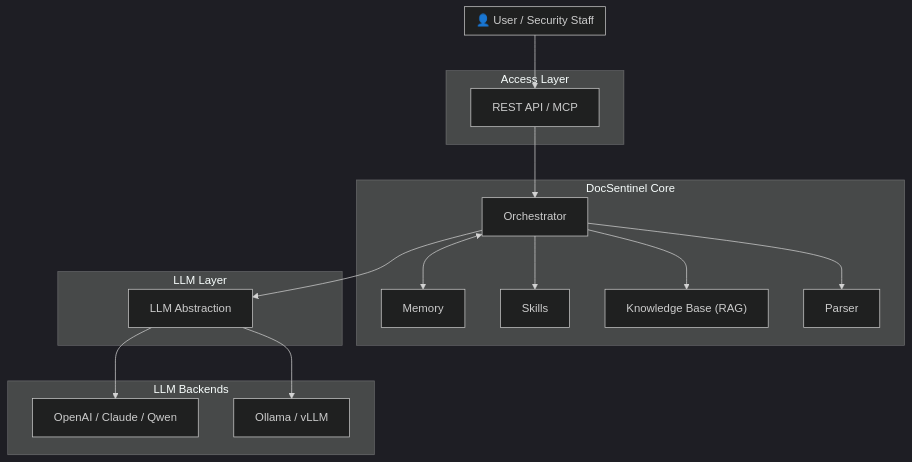
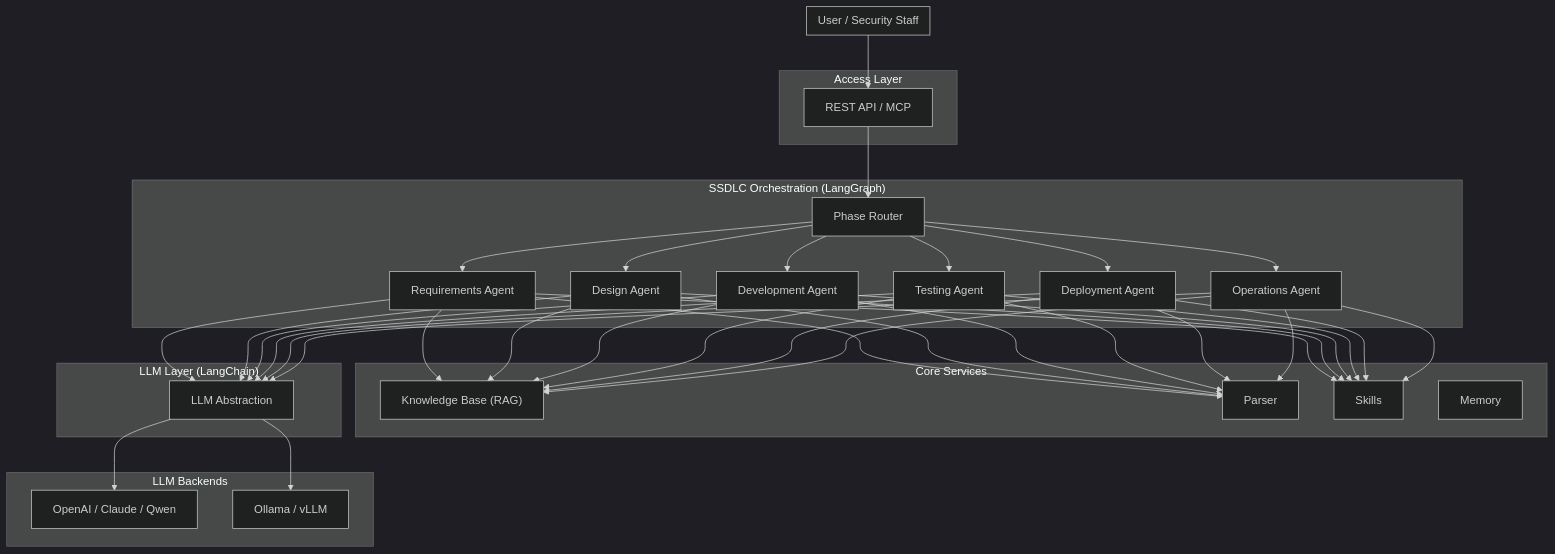
One commit to arthurpanhku/DocSentinel changed the diagram in README.md. Above: the diagram before and after it, drawn with Mermaid (dark theme). The commit also changed other lines of this file and 9 other files, not shown here.

First line of the commit message:
feat: add SSDLC full lifecycle support with LangGraph orchestration

````diff
--- a/README.md
+++ b/README.md
@@ -65,32 +73,37 @@
 ```mermaid
 flowchart TB
-    subgraph User["👤 User / Security Staff"]
+    subgraph User["User / Security Staff"]
     end
     subgraph Access["Access Layer"]
         API["REST API / MCP"]
     end
-    subgraph Core["DocSentinel Core"]
-        Orch["Orchestrator"]
-        Mem["Memory"]
-        Skill["Skills"]
+    subgraph Orchestration["SSDLC Orchestration (LangGraph)"]
+        Router["Phase Router"]
+        A1["Requirements Agent"]
+        A2["Design Agent"]
+        A3["Development Agent"]
+        A4["Testing Agent"]
+        A5["Deployment Agent"]
+        A6["Operations Agent"]
+    end
+    subgraph Core["Core Services"]
         KB["Knowledge Base (RAG)"]
         Parser["Parser"]
+        Skill["Skills"]
+        Mem["Memory"]
     end
-    subgraph LLM["LLM Layer"]
+    subgraph LLM["LLM Layer (LangChain)"]
         Abst["LLM Abstraction"]
     end
     subgraph Backends["LLM Backends"]
         Cloud["OpenAI / Claude / Qwen"]
         Local["Ollama / vLLM"]
     end
 
     User --> API
-    API --> Orch
-    Orch <--> Mem
-    Orch --> Skill
-    Orch --> KB
-    Orch --> Parser
-    Orch --> Abst
-    Abst --> Cloud
-    Abst --> Local
+    API --> Router
+    Router --> A1 & A2 & A3 & A4 & A5 & A6
+    A1 & A2 & A3 & A4 & A5 & A6 --> KB & Parser & Skill
+    A1 & A2 & A3 & A4 & A5 & A6 --> Abst
+    Abst --> Cloud & Local
 ```
````
